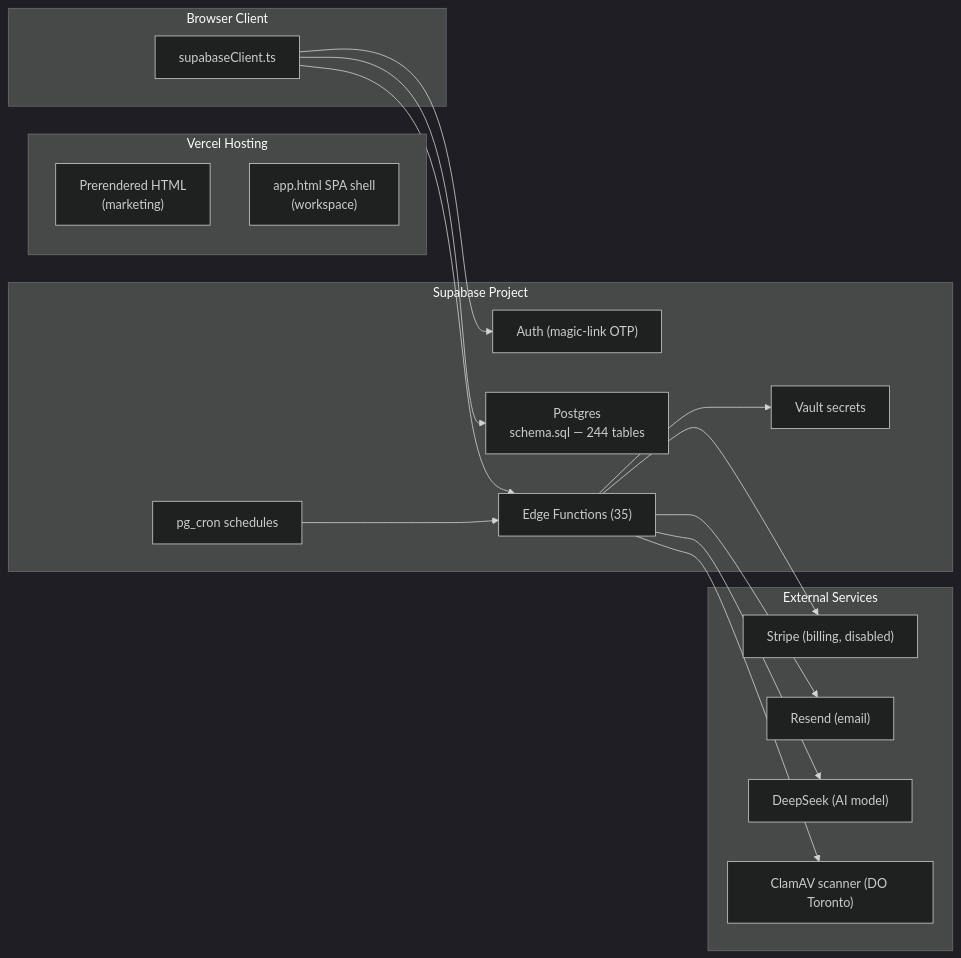
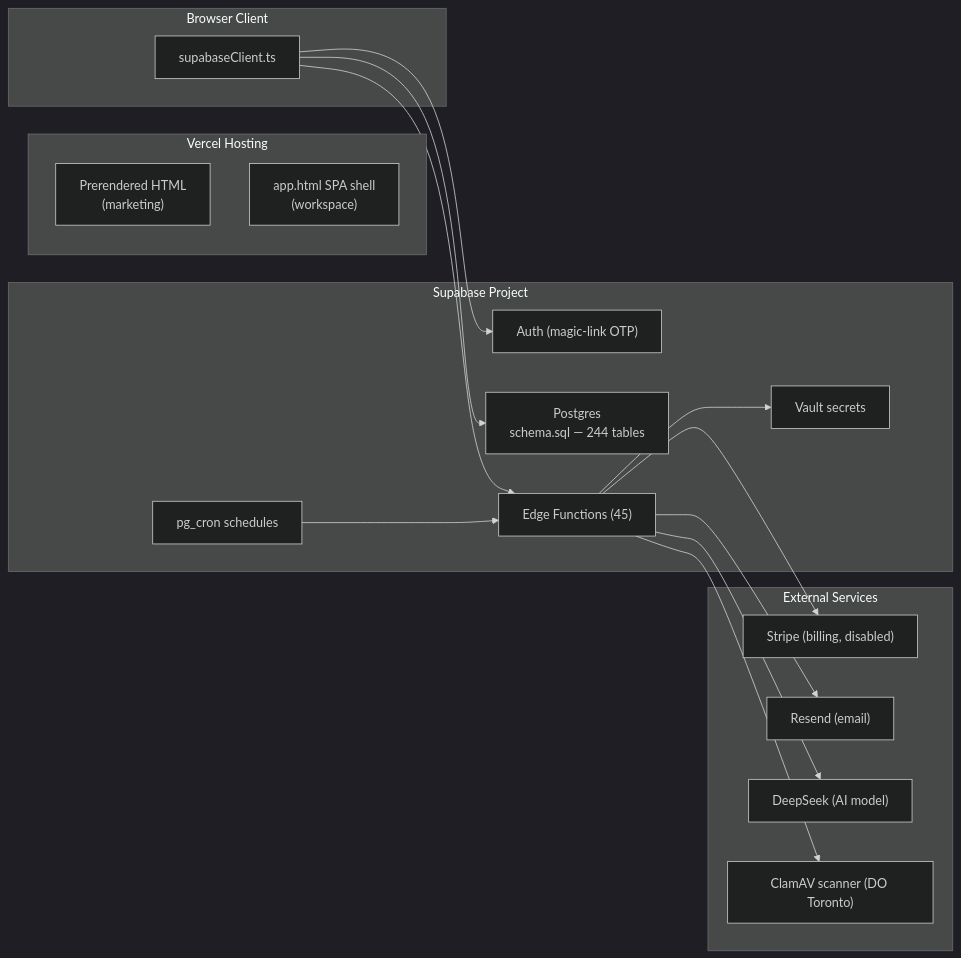
Before and after one commit to Dutiva-Canada/Dutiva_Web: the third of 3 diagrams in docs/wiki/Home.md, drawn with Mermaid (dark theme). The commit also changed other lines of this file and 590 other files, not shown here.

````diff
--- a/docs/wiki/Home.md
+++ b/docs/wiki/Home.md
@@ -256,36 +263,36 @@
 ```mermaid
 graph LR
     subgraph Client["Browser Client"]
         SC["supabaseClient.ts"]
     end
 
     subgraph Vercel["Vercel Hosting"]
         STATIC["Prerendered HTML<br>(marketing)"]
         SPA["app.html SPA shell<br>(workspace)"]
     end
 
     subgraph Supabase["Supabase Project"]
         AUTH["Auth (magic-link OTP)"]
         DB["Postgres<br>schema.sql — 244 tables"]
-        EDGE["Edge Functions (35)"]
+        EDGE["Edge Functions (45)"]
         VAULT["Vault secrets"]
         CRON["pg_cron schedules"]
     end
 
     subgraph External["External Services"]
         STRIPE["Stripe (billing, disabled)"]
         RESEND["Resend (email)"]
         DEEPSEEK["DeepSeek (AI model)"]
         CLAMAV["ClamAV scanner (DO Toronto)"]
     end
 
     SC --> AUTH
     SC --> DB
     SC --> EDGE
     EDGE --> VAULT
     EDGE --> STRIPE
     EDGE --> RESEND
     EDGE --> DEEPSEEK
     CRON --> EDGE
     EDGE --> CLAMAV
 ```
````
